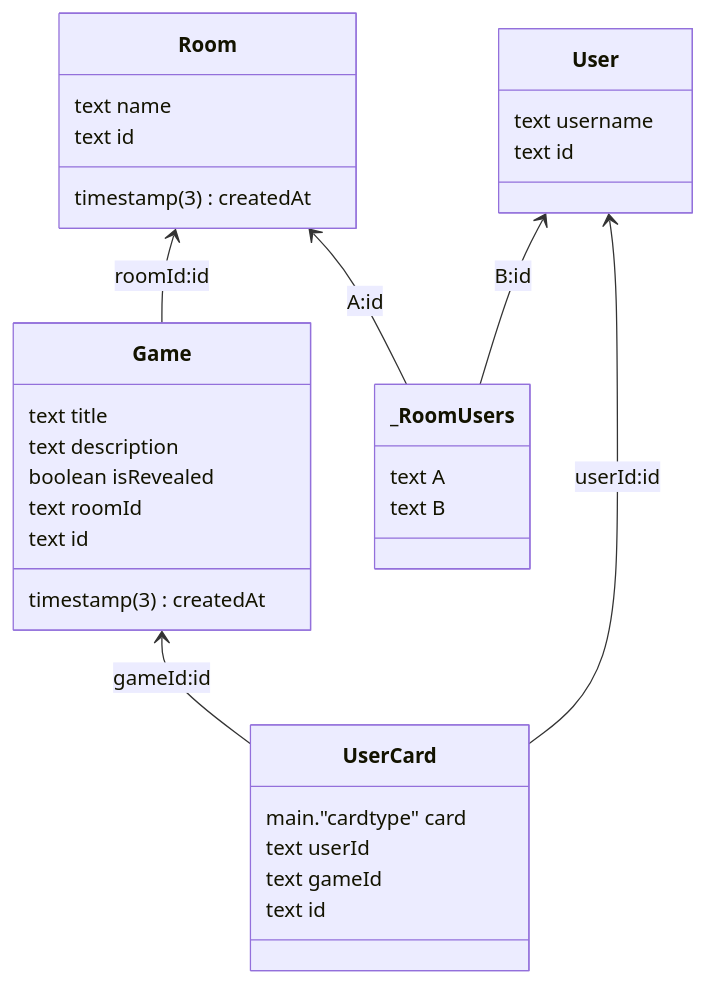
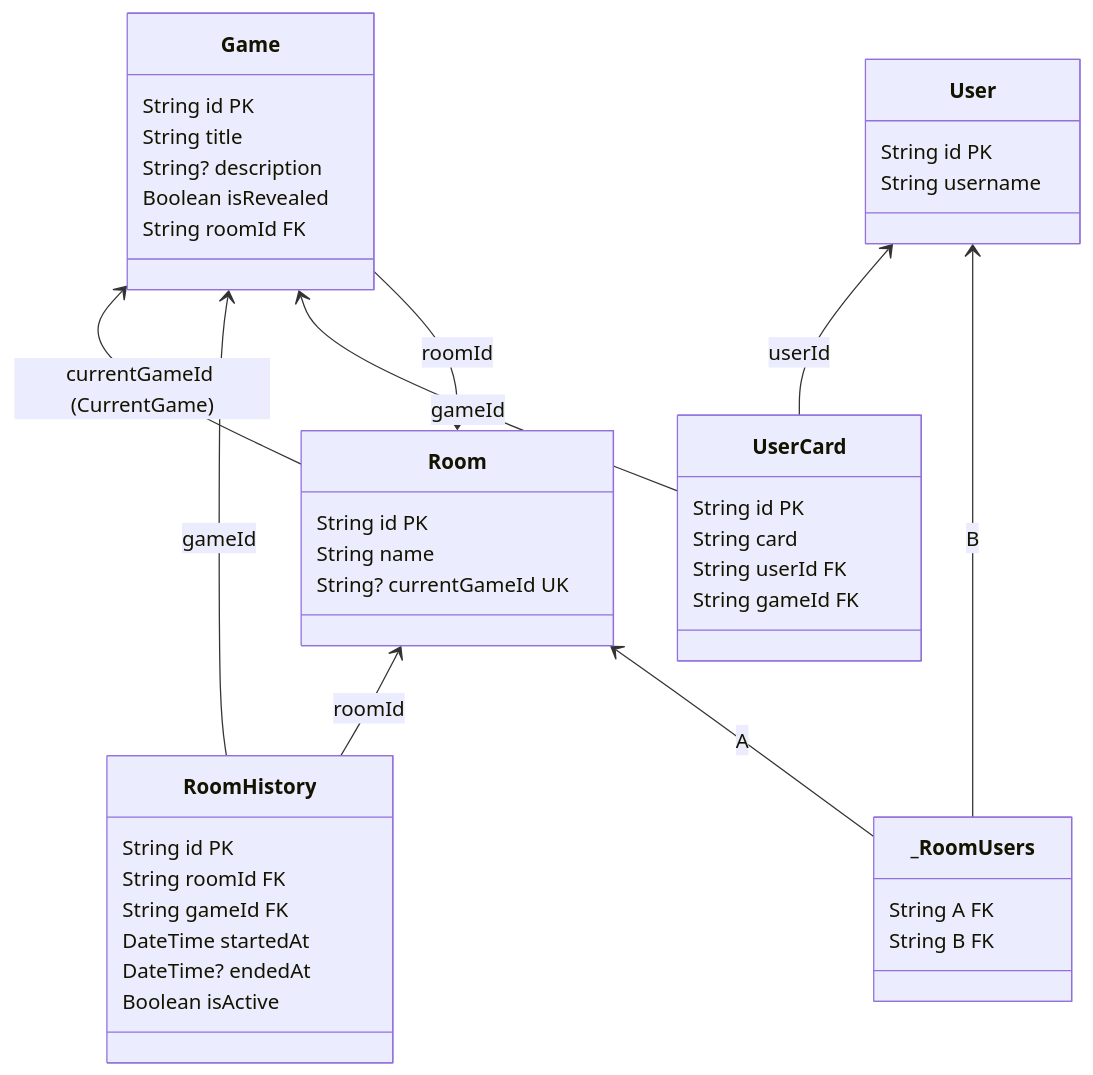
The diagram in README.md (ParzivalEugene/planning-poker), drawn with Mermaid before and after one commit. The commit also changed other lines of this file and 6 other files, not shown here.

````diff
--- a/README.md
+++ b/README.md
@@ -49,37 +49,47 @@
 ```mermaid
 classDiagram
 direction BT
-class Game {
-   text title
-   text description
-   timestamp(3) createdAt
-   boolean isRevealed
-   text roomId
-   text id
+class User {
+   String id PK
+   String username
 }
 class Room {
-   text name
-   timestamp(3) createdAt
-   text id
+   String id PK
+   String name
+   String? currentGameId UK
 }
-class User {
-   text username
-   text id
+class Game {
+   String id PK
+   String title
+   String? description
+   Boolean isRevealed
+   String roomId FK
+}
+class RoomHistory {
+   String id PK
+   String roomId FK
+   String gameId FK
+   DateTime startedAt
+   DateTime? endedAt
+   Boolean isActive
 }
 class UserCard {
-   main."cardtype" card
-   text userId
-   text gameId
-   text id
+   String id PK
+   String card
+   String userId FK
+   String gameId FK
 }
 class _RoomUsers {
-   text A
-   text B
+   String A FK
+   String B FK
 }
 
-Game --> Room : roomId#colon;id
-UserCard --> Game : gameId#colon;id
-UserCard --> User : userId#colon;id
-_RoomUsers --> Room : A#colon;id
-_RoomUsers --> User : B#colon;id
+Game --> Room : roomId
+Room --> Game : currentGameId (CurrentGame)
+RoomHistory --> Room : roomId
+RoomHistory --> Game : gameId
+UserCard --> User : userId
+UserCard --> Game : gameId
+_RoomUsers --> Room : A
+_RoomUsers --> User : B
 ```
````
